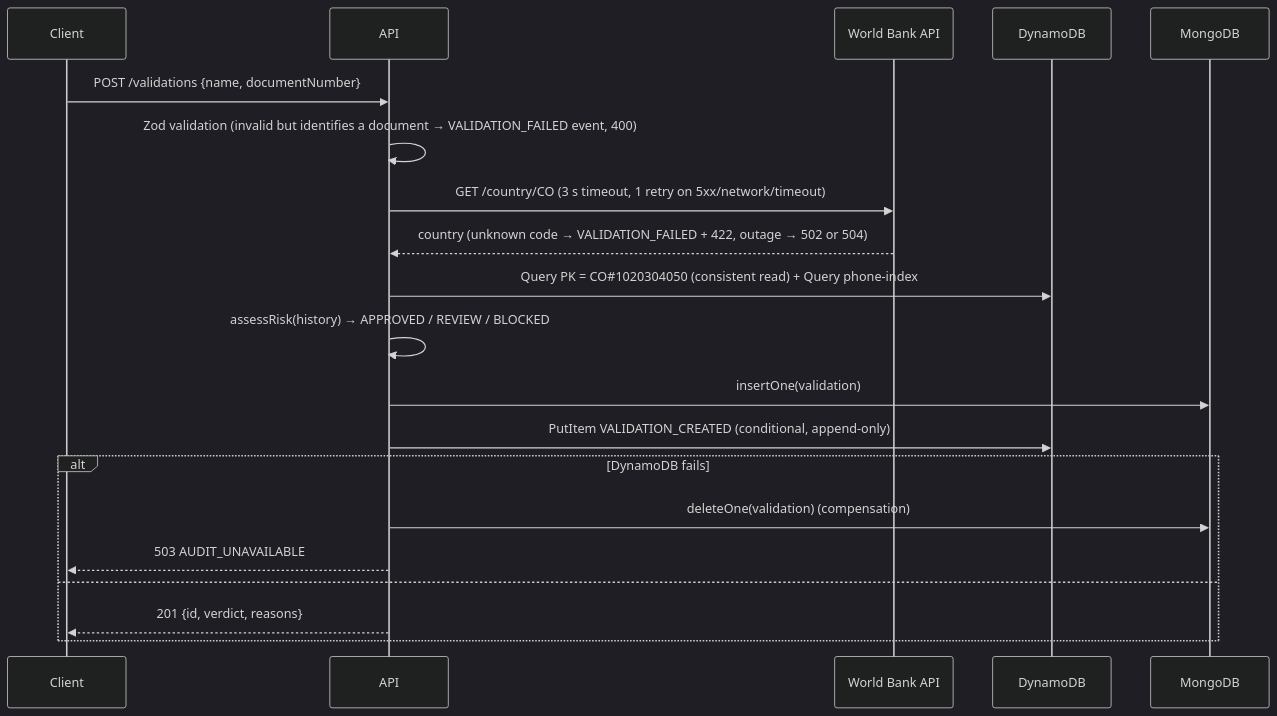
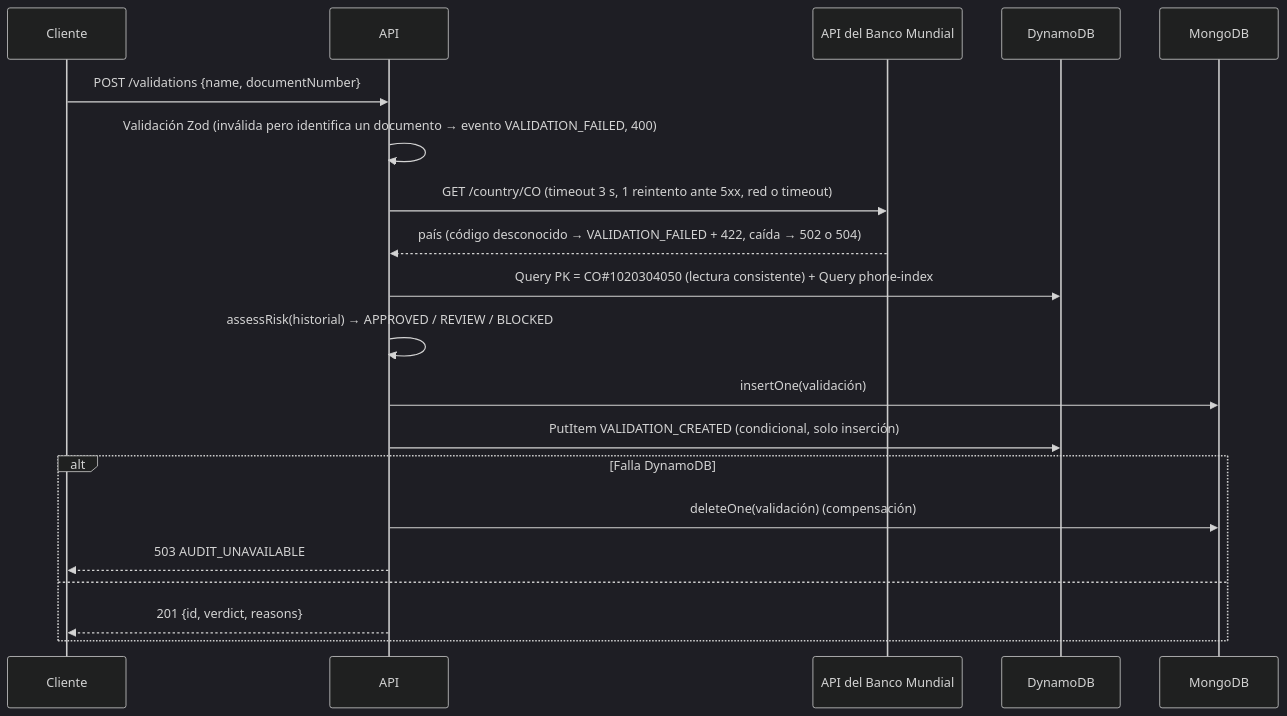
One commit to juandda0/auco-identity-validation-service changed the third of 4 diagrams in README.md. Above: the diagram before and after it, drawn with Mermaid (dark theme). The commit also changed other lines of this file and 1 other file, not shown here.

````diff
--- a/README.md
+++ b/README.md
@@ -181,22 +185,22 @@
 ```mermaid
 sequenceDiagram
-  participant C as Client
+  participant C as Cliente
   participant A as API
-  participant W as World Bank API
+  participant W as API del Banco Mundial
   participant D as DynamoDB
   participant M as MongoDB
   C->>A: POST /validations {name, documentNumber}
-  A->>A: Zod validation (invalid but identifies a document → VALIDATION_FAILED event, 400)
-  A->>W: GET /country/CO (3 s timeout, 1 retry on 5xx/network/timeout)
-  W-->>A: country (unknown code → VALIDATION_FAILED + 422, outage → 502 or 504)
-  A->>D: Query PK = CO#35;1020304050 (consistent read) + Query phone-index
-  A->>A: assessRisk(history) → APPROVED / REVIEW / BLOCKED
-  A->>M: insertOne(validation)
-  A->>D: PutItem VALIDATION_CREATED (conditional, append-only)
-  alt DynamoDB fails
-    A->>M: deleteOne(validation) (compensation)
+  A->>A: Validación Zod (inválida pero identifica un documento → evento VALIDATION_FAILED, 400)
+  A->>W: GET /country/CO (timeout 3 s, 1 reintento ante 5xx, red o timeout)
+  W-->>A: país (código desconocido → VALIDATION_FAILED + 422, caída → 502 o 504)
+  A->>D: Query PK = CO#35;1020304050 (lectura consistente) + Query phone-index
+  A->>A: assessRisk(historial) → APPROVED / REVIEW / BLOCKED
+  A->>M: insertOne(validación)
+  A->>D: PutItem VALIDATION_CREATED (condicional, solo inserción)
+  alt Falla DynamoDB
+    A->>M: deleteOne(validación) (compensación)
     A-->>C: 503 AUDIT_UNAVAILABLE
   else
     A-->>C: 201 {id, verdict, reasons}
   end
 ```
````
